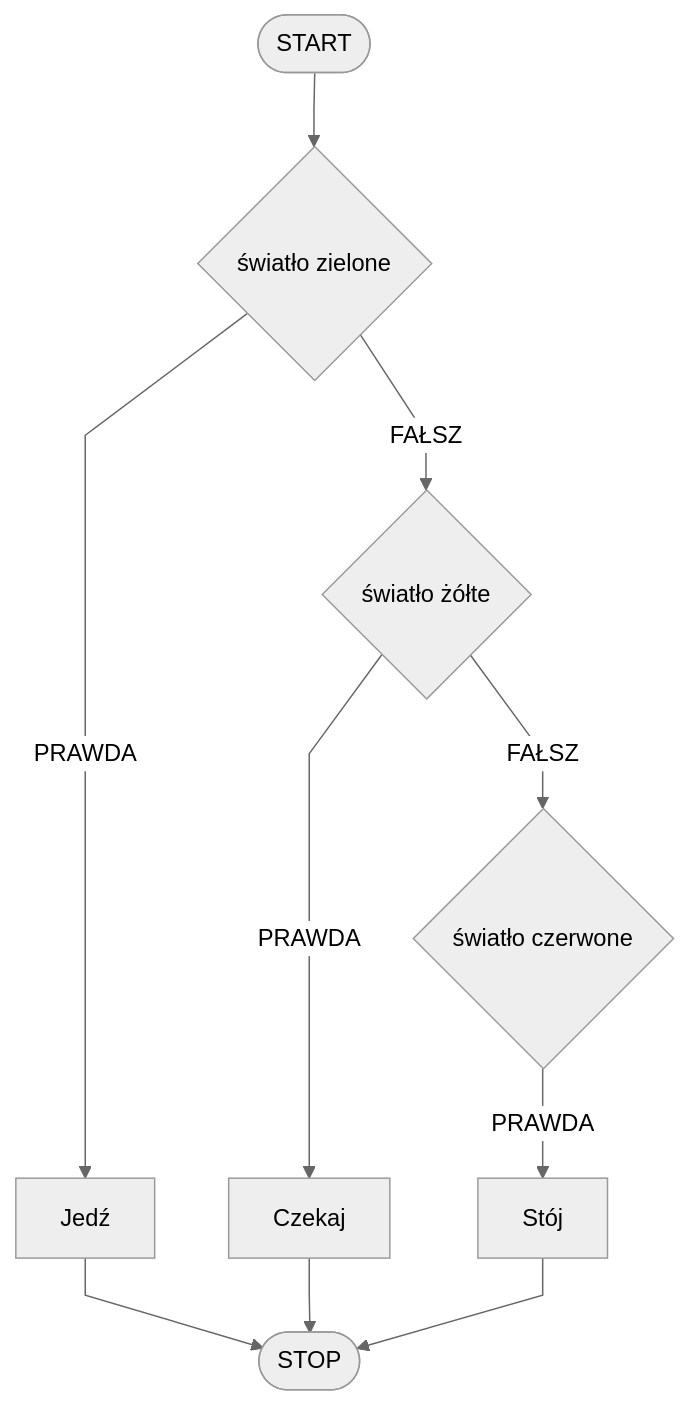
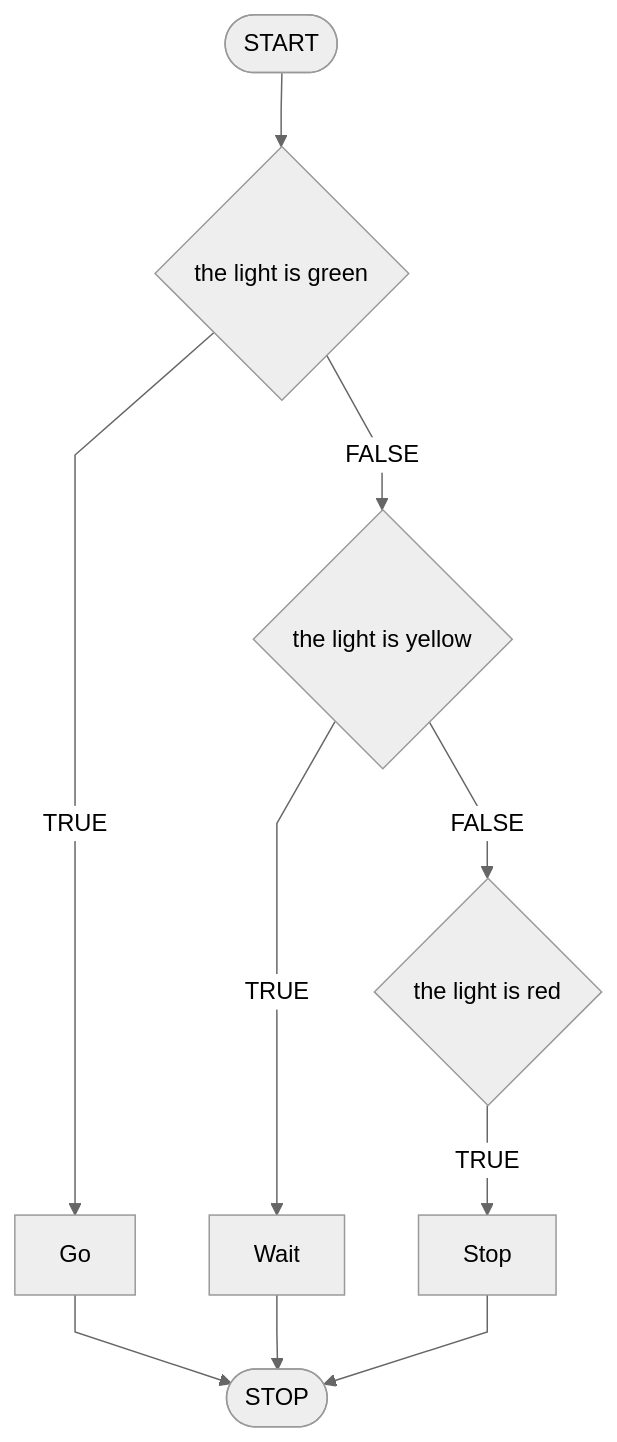
One commit to blackbat13/edu-cs-htiew-en changed the third of 6 diagrams in docs/algorithms/introduction/conditionals.md. Above: the diagram before and after it, drawn with Mermaid. The commit also changed other lines of this file and 682 other files, not shown here.

````diff
--- a/docs/algorithms/introduction/conditionals.md
+++ b/docs/algorithms/introduction/conditionals.md
@@ -87,13 +87,13 @@
 ```mermaid
 %%{init: {"flowchart": {"curve": "linear"}, "theme": "neutral"} }%%
 flowchart TD
-    START([START]) --> K1{światło zielone}
-    K1 -- PRAWDA --> K2[Jedź]
-    K1 -- FAŁSZ --> K3{światło żółte}
-    K3 -- PRAWDA --> K4[Czekaj]
-    K3 -- FAŁSZ --> K5{światło czerwone}
-    K5 -- PRAWDA --> K6[Stój]
+    START([START]) --> K1{the light is green}
+    K1 -- TRUE --> K2[Go]
+    K1 -- FALSE --> K3{the light is yellow}
+    K3 -- TRUE --> K4[Wait]
+    K3 -- FALSE --> K5{the light is red}
+    K5 -- TRUE --> K6[Stop]
     K6 --> STOP([STOP])
     K2 --> STOP
     K4 --> STOP
 ```
````
